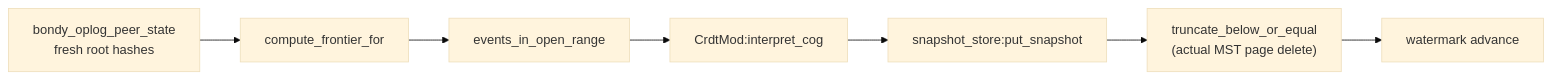
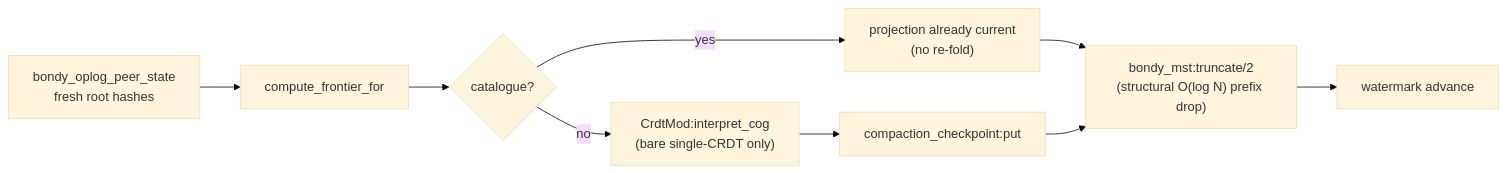
The ninth of 9 diagrams in doc_extras/architecture/01_bondy_oplog.md (bondy-io/bondy_mst), drawn with Mermaid (base theme) before and after one commit. The commit also changed other lines of this file and 38 other files, not shown here.

Commit message:
add new CRDTs and document new architecture

````diff
--- a/doc_extras/architecture/01_bondy_oplog.md
+++ b/doc_extras/architecture/01_bondy_oplog.md
@@ -336,12 +407,16 @@
 ```mermaid
 flowchart LR
     PEERS["bondy_oplog_peer_state<br/>fresh root hashes"]
     FRONT["compute_frontier_for"]
-    EVENTS["events_in_open_range"]
-    INTERP["CrdtMod:interpret_cog"]
-    SNAP[snapshot_store:put_snapshot]
-    TRUNC["truncate_below_or_equal<br/>(actual MST page delete)"]
+    MODE{"catalogue?"}
+    FAST["projection already current<br/>(no re-fold)"]
+    INTERP["CrdtMod:interpret_cog<br/>(bare single-CRDT only)"]
+    CKPT[compaction_checkpoint:put]
+    TRUNC["bondy_mst:truncate/2<br/>(structural O(log N) prefix drop)"]
     WM[watermark advance]
 
-    PEERS --> FRONT --> EVENTS --> INTERP --> SNAP --> TRUNC --> WM
+    PEERS --> FRONT --> MODE
+    MODE -->|yes| FAST --> TRUNC
+    MODE -->|no| INTERP --> CKPT --> TRUNC
+    TRUNC --> WM
 ```
````
